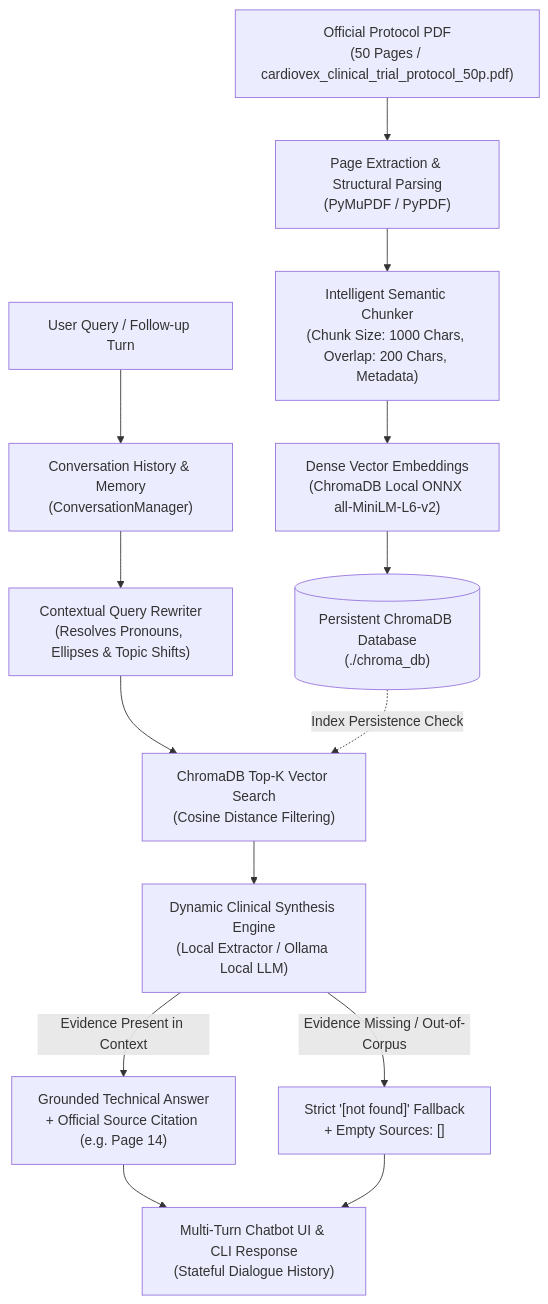
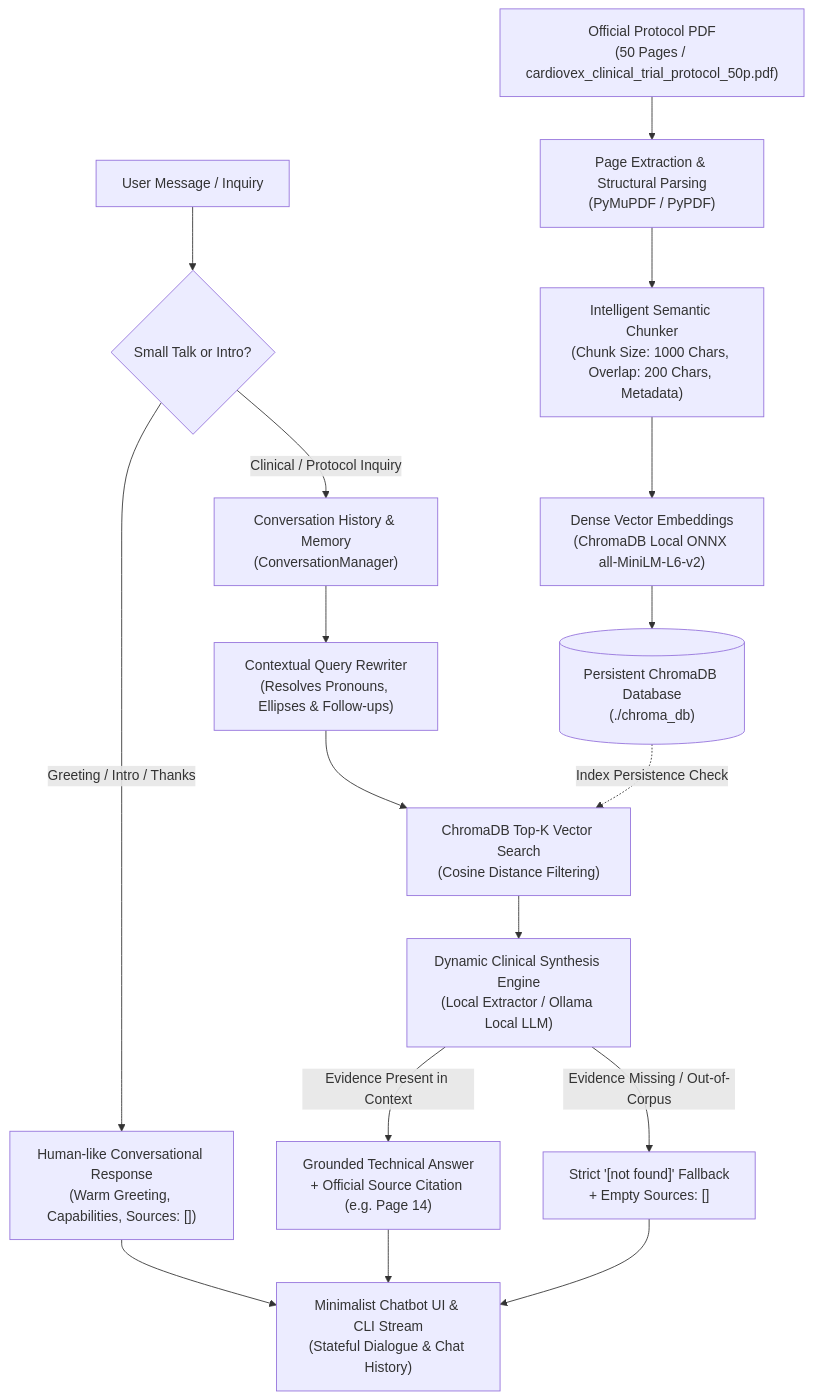
One commit to ubermensch177/cardio-vex-sentinnel changed the first of 2 diagrams in README.md. Above: the diagram before and after it, drawn with Mermaid. The commit also changed other lines of this file and 6 other files, not shown here.

Commit message:
Update README with full architecture, benchmark results, human small-talk docs, and repository links

````diff
--- a/README.md
+++ b/README.md
@@ -24,19 +28,23 @@
 ```mermaid
 flowchart TD
     A["Official Protocol PDF\n(50 Pages / cardiovex_clinical_trial_protocol_50p.pdf)"] --> B["Page Extraction & Structural Parsing\n(PyMuPDF / PyPDF)"]
     B --> C["Intelligent Semantic Chunker\n(Chunk Size: 1000 Chars, Overlap: 200 Chars, Metadata)"]
     C --> D["Dense Vector Embeddings\n(ChromaDB Local ONNX all-MiniLM-L6-v2)"]
     D --> E[("Persistent ChromaDB Database\n(./chroma_db)")]
     
-    F["User Query / Follow-up Turn"] --> G["Conversation History & Memory\n(ConversationManager)"]
-    G --> H["Contextual Query Rewriter\n(Resolves Pronouns, Ellipses & Topic Shifts)"]
-    H --> I["ChromaDB Top-K Vector Search\n(Cosine Distance Filtering)"]
-    E -.->|Index Persistence Check| I
+    F["User Message / Inquiry"] --> G{"Small Talk or Intro?"}
+    G -->|Greeting / Intro / Thanks| H1["Human-like Conversational Response\n(Warm Greeting, Capabilities, Sources: [])"]
+    G -->|Clinical / Protocol Inquiry| H2["Conversation History & Memory\n(ConversationManager)"]
     
-    I --> J["Dynamic Clinical Synthesis Engine\n(Local Extractor / Ollama Local LLM)"]
-    J -->|Evidence Present in Context| K["Grounded Technical Answer\n+ Official Source Citation (e.g. Page 14)"]
-    J -->|Evidence Missing / Out-of-Corpus| L["Strict '[not found]' Fallback\n+ Empty Sources: []"]
+    H2 --> I["Contextual Query Rewriter\n(Resolves Pronouns, Ellipses & Follow-ups)"]
+    I --> J["ChromaDB Top-K Vector Search\n(Cosine Distance Filtering)"]
+    E -.->|Index Persistence Check| J
     
-    K --> M["Multi-Turn Chatbot UI & CLI Response\n(Stateful Dialogue History)"]
-    L --> M
+    J --> K["Dynamic Clinical Synthesis Engine\n(Local Extractor / Ollama Local LLM)"]
+    K -->|Evidence Present in Context| L["Grounded Technical Answer\n+ Official Source Citation (e.g. Page 14)"]
+    K -->|Evidence Missing / Out-of-Corpus| M["Strict '[not found]' Fallback\n+ Empty Sources: []"]
+    
+    H1 --> N["Minimalist Chatbot UI & CLI Stream\n(Stateful Dialogue & Chat History)"]
+    L --> N
+    M --> N
 ```
````
